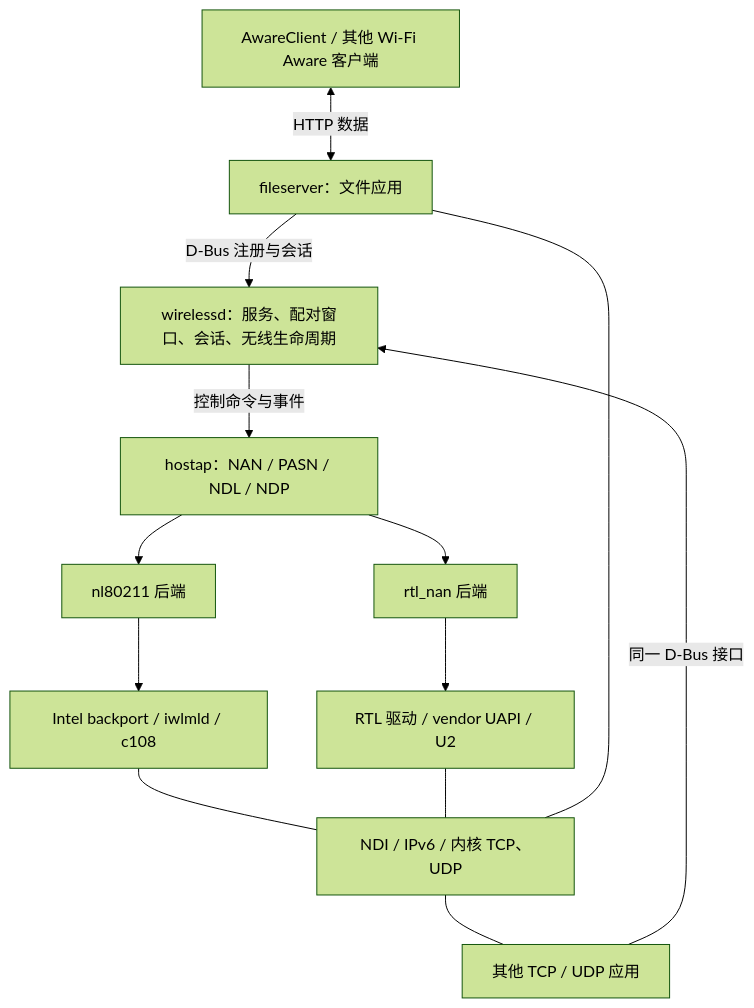
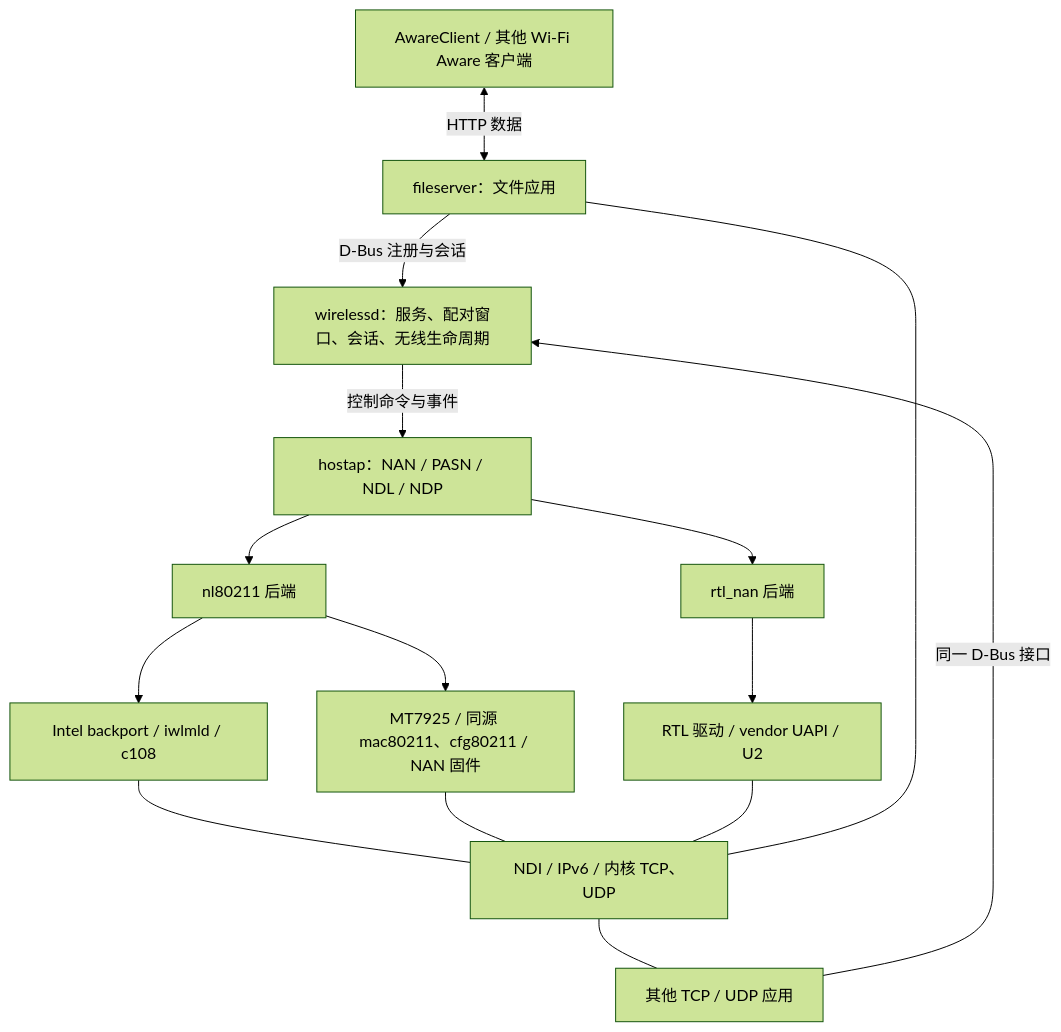
The diagram in docs/architecture.md (CmST0us/awdl), drawn with Mermaid (forest theme) before and after one commit. The commit also changed other lines of this file and 24 other files, not shown here.

````diff
--- a/docs/architecture.md
+++ b/docs/architecture.md
@@ -20,26 +20,29 @@
 ```mermaid
 flowchart TB
     App["AwareClient / 其他 Wi-Fi Aware 客户端"]
     Files["fileserver：文件应用"]
     Business["其他 TCP / UDP 应用"]
     Daemon["wirelessd：服务、配对窗口、会话、无线生命周期"]
     Hostap["hostap：NAN / PASN / NDL / NDP"]
     Intel["nl80211 后端"]
     RTL["rtl_nan 后端"]
     IKernel["Intel backport / iwlmld / c108"]
     RKernel["RTL 驱动 / vendor UAPI / U2"]
+    MKernel["MT7925 / 同源 mac80211、cfg80211 / NAN 固件"]
     NDI["NDI / IPv6 / 内核 TCP、UDP"]
 
     App <-->|"HTTP 数据"| Files
     Files -->|"D-Bus 注册与会话"| Daemon
     Business -->|"同一 D-Bus 接口"| Daemon
     Daemon -->|"控制命令与事件"| Hostap
     Hostap --> Intel
     Hostap --> RTL
     Intel --> IKernel
+    Intel --> MKernel
     RTL --> RKernel
     IKernel --- NDI
+    MKernel --- NDI
     RKernel --- NDI
     NDI --- Files
     NDI --- Business
 ```
````
